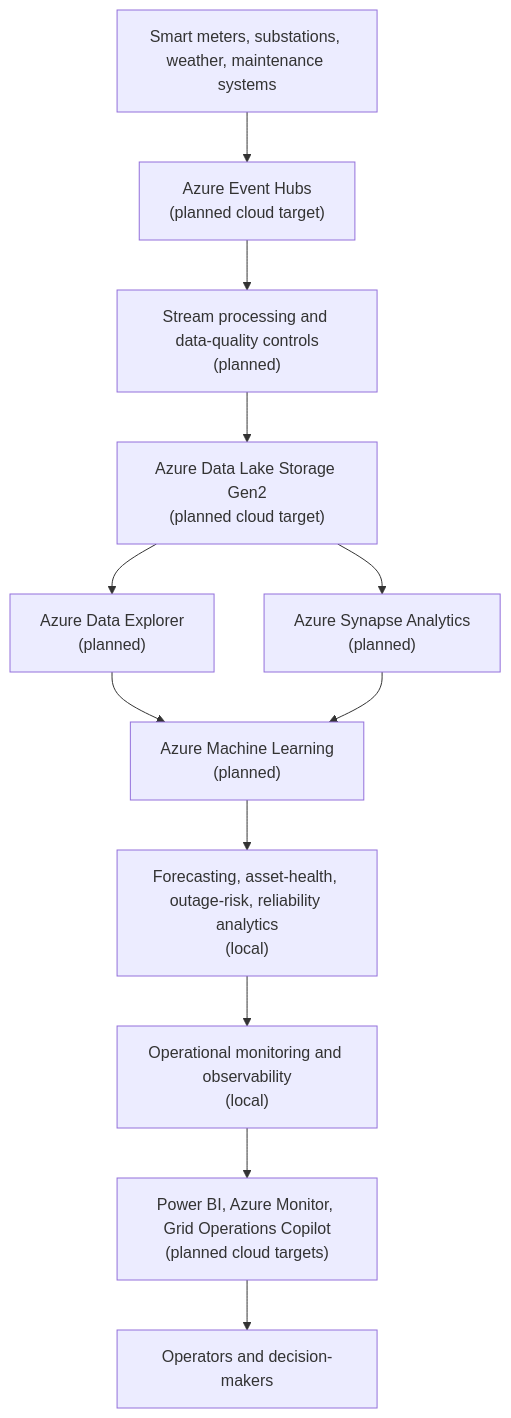
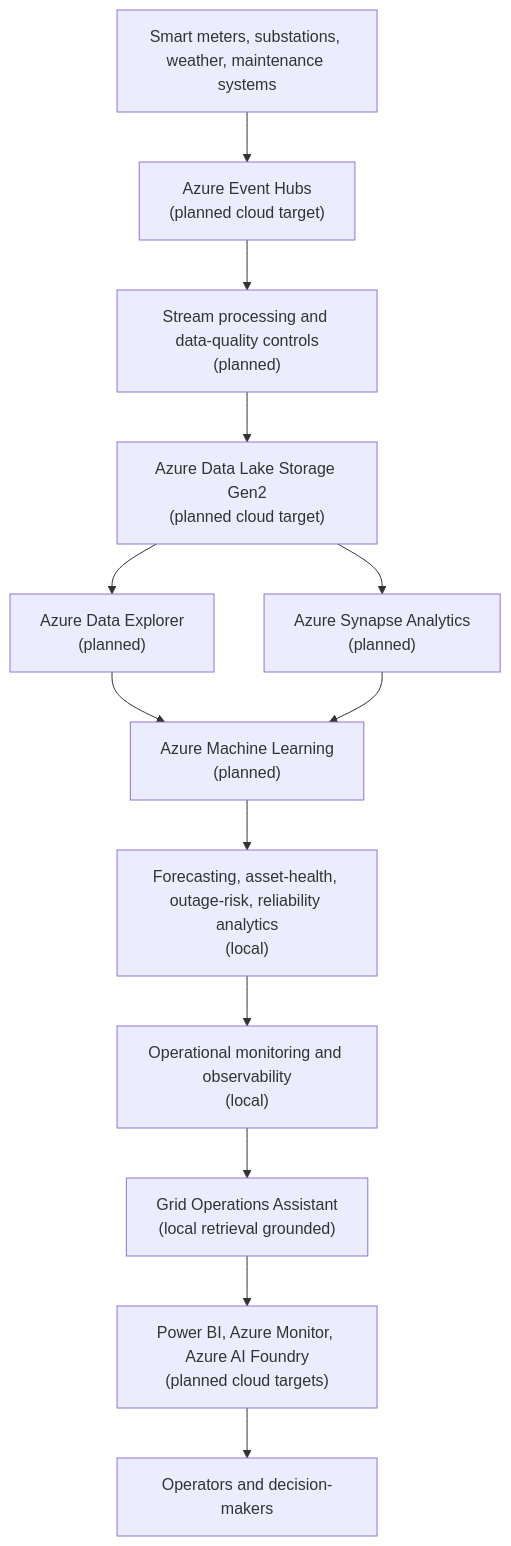
The diagram in diagrams/high-level-platform-architecture.mmd (Ibraheemolasupogit/azure-grid-reliability-intelligence-platform), drawn with Mermaid before and after one commit. The commit also changed 39 other files, not shown here.

Commit message:
Add grounded grid operations assistant

```diff
--- a/diagrams/high-level-platform-architecture.mmd
+++ b/diagrams/high-level-platform-architecture.mmd
@@ -1,19 +1,20 @@
 flowchart TD
     sources["Smart meters, substations, weather, maintenance systems"]
     event_hubs["Azure Event Hubs<br/>(planned cloud target)"]
     stream["Stream processing and data-quality controls<br/>(planned)"]
     lake["Azure Data Lake Storage Gen2<br/>(planned cloud target)"]
     adx["Azure Data Explorer<br/>(planned)"]
     synapse["Azure Synapse Analytics<br/>(planned)"]
     aml["Azure Machine Learning<br/>(planned)"]
     intelligence["Forecasting, asset-health, outage-risk, reliability analytics<br/>(local)"]
     monitoring["Operational monitoring and observability<br/>(local)"]
-    operations["Power BI, Azure Monitor, Grid Operations Copilot<br/>(planned cloud targets)"]
+    assistant["Grid Operations Assistant<br/>(local retrieval grounded)"]
+    operations["Power BI, Azure Monitor, Azure AI Foundry<br/>(planned cloud targets)"]
     users["Operators and decision-makers"]
 
     sources --> event_hubs --> stream --> lake
     lake --> adx
     lake --> synapse
     adx --> aml
     synapse --> aml
-    aml --> intelligence --> monitoring --> operations --> users
+    aml --> intelligence --> monitoring --> assistant --> operations --> users
```
